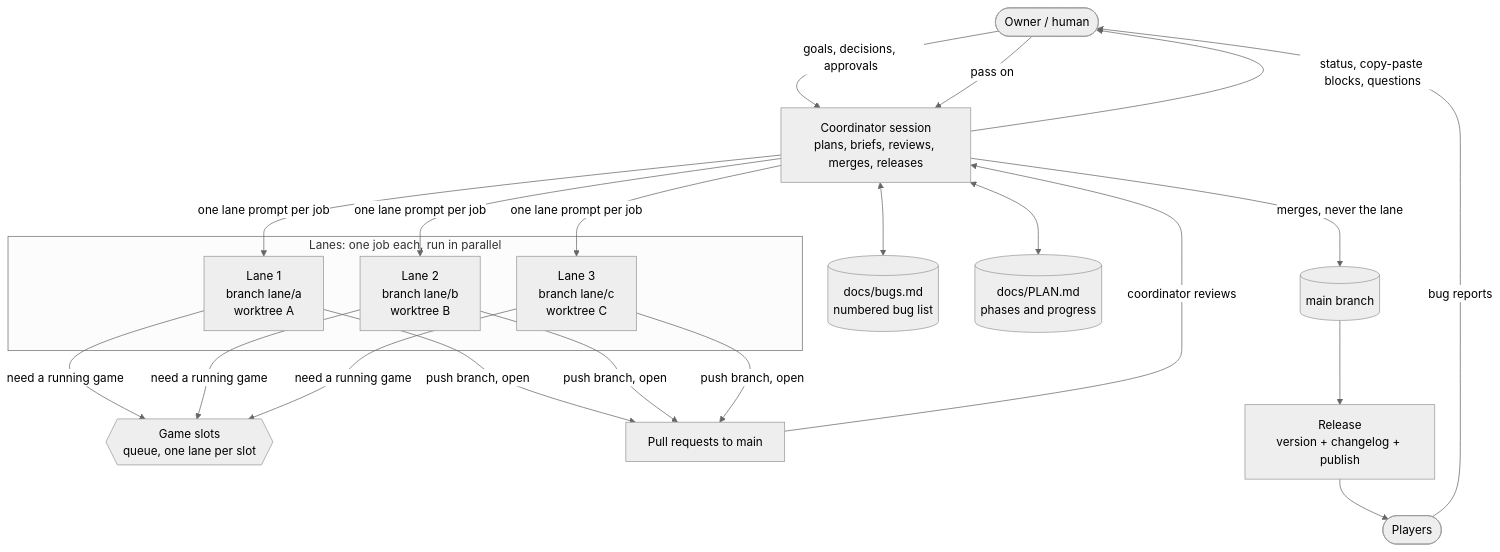
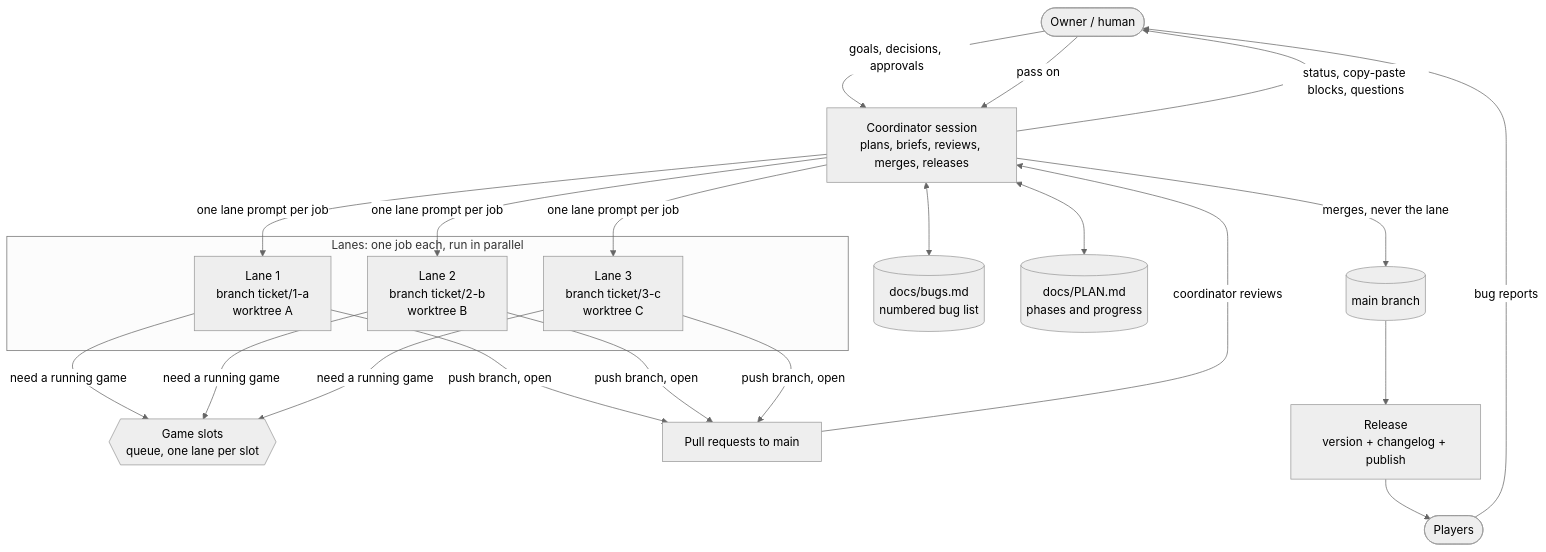
The diagram in docs/ai-workflow.md (synpoox/d2rAI-toolkit), drawn with Mermaid (neutral theme) before and after one commit. The commit also changed other lines of this file and 13 other files, not shown here.

````diff
--- a/docs/ai-workflow.md
+++ b/docs/ai-workflow.md
@@ -32,32 +32,32 @@
 ```mermaid
 flowchart TD
     Owner([Owner / human])
     Coord[Coordinator session<br/>plans, briefs, reviews, merges, releases]
     Bugs[(docs/bugs.md<br/>numbered bug list)]
     Plan[(docs/PLAN.md<br/>phases and progress)]
 
     subgraph Lanes [Lanes: one job each, run in parallel]
-        L1[Lane 1<br/>branch lane/a<br/>worktree A]
-        L2[Lane 2<br/>branch lane/b<br/>worktree B]
-        L3[Lane 3<br/>branch lane/c<br/>worktree C]
+        L1[Lane 1<br/>branch ticket/1-a<br/>worktree A]
+        L2[Lane 2<br/>branch ticket/2-b<br/>worktree B]
+        L3[Lane 3<br/>branch ticket/3-c<br/>worktree C]
     end
 
     Slots{{Game slots<br/>queue, one lane per slot}}
     PR[Pull requests to main]
     Main[(main branch)]
     Rel[Release<br/>version + changelog + publish]
     Players([Players])
 
     Owner -- goals, decisions, approvals --> Coord
     Coord -- status, copy-paste blocks, questions --> Owner
     Coord <--> Bugs
     Coord <--> Plan
     Coord -- one lane prompt per job --> L1 & L2 & L3
     L1 & L2 & L3 -- need a running game --> Slots
     L1 & L2 & L3 -- push branch, open --> PR
     PR -- coordinator reviews --> Coord
     Coord -- merges, never the lane --> Main
     Main --> Rel --> Players
     Players -- bug reports --> Owner
     Owner -- pass on --> Coord
 ```
````
